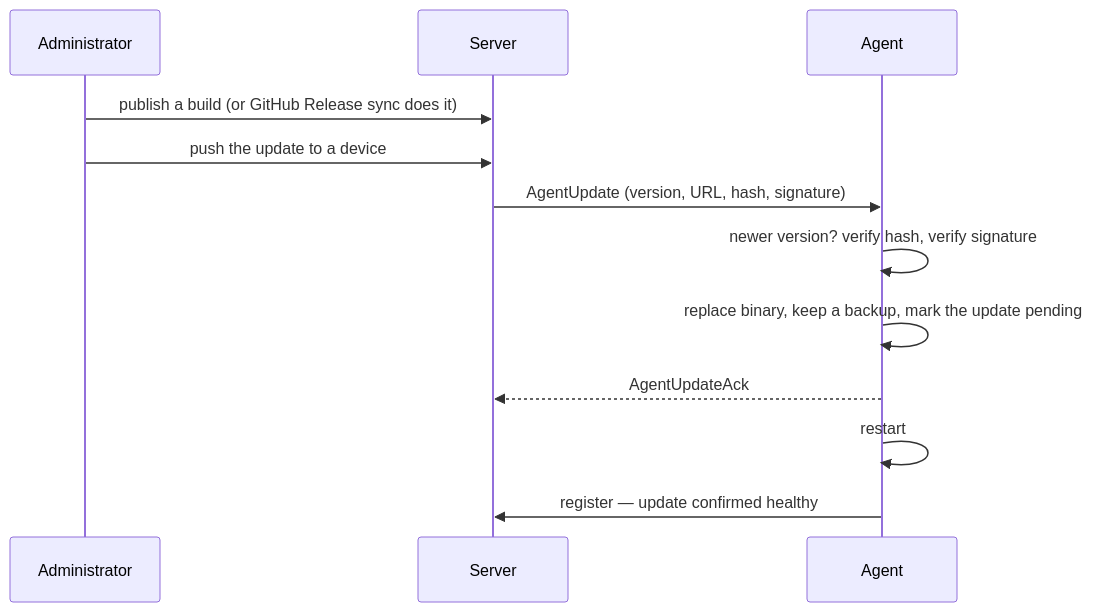
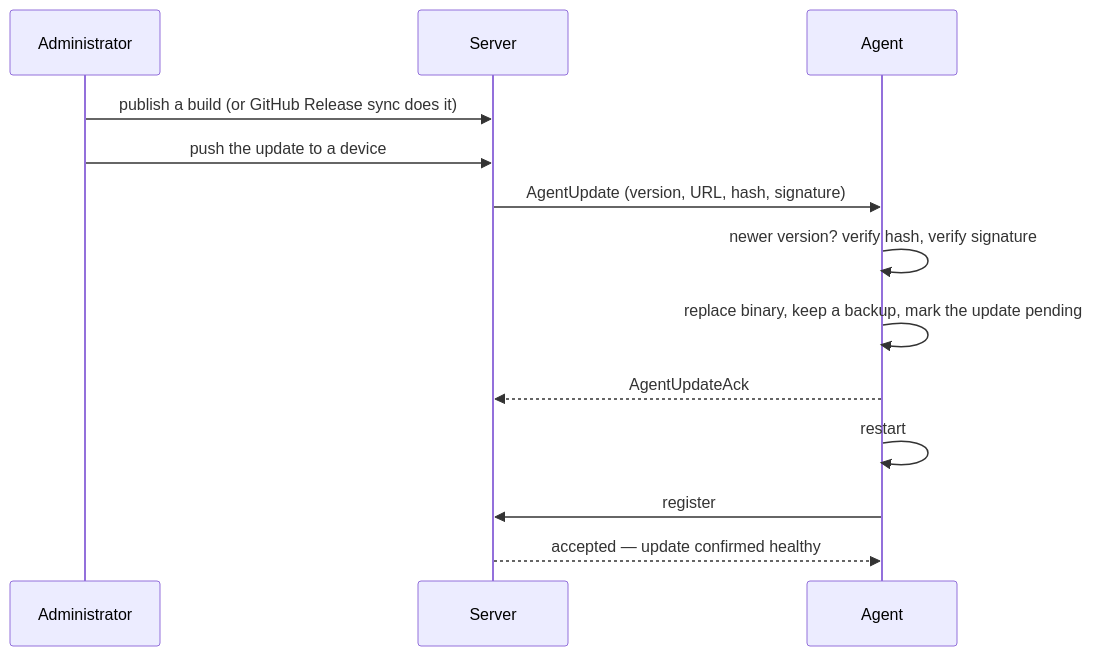
Before and after one commit to volchanskyi/opengate: the diagram in docs/product/Agent-Updates.md, drawn with Mermaid. The commit also changed other lines of this file and 481 other files, not shown here.

````diff
--- a/docs/product/Agent-Updates.md
+++ b/docs/product/Agent-Updates.md
@@ -20,15 +20,16 @@
 ```mermaid
 sequenceDiagram
   participant Admin as Administrator
   participant Server
   participant Agent
 
   Admin->>Server: publish a build (or GitHub Release sync does it)
   Admin->>Server: push the update to a device
   Server->>Agent: AgentUpdate (version, URL, hash, signature)
   Agent->>Agent: newer version? verify hash, verify signature
   Agent->>Agent: replace binary, keep a backup, mark the update pending
   Agent-->>Server: AgentUpdateAck
   Agent->>Agent: restart
-  Agent->>Server: register — update confirmed healthy
+  Agent->>Server: register
+  Server-->>Agent: accepted — update confirmed healthy
 ```
````
